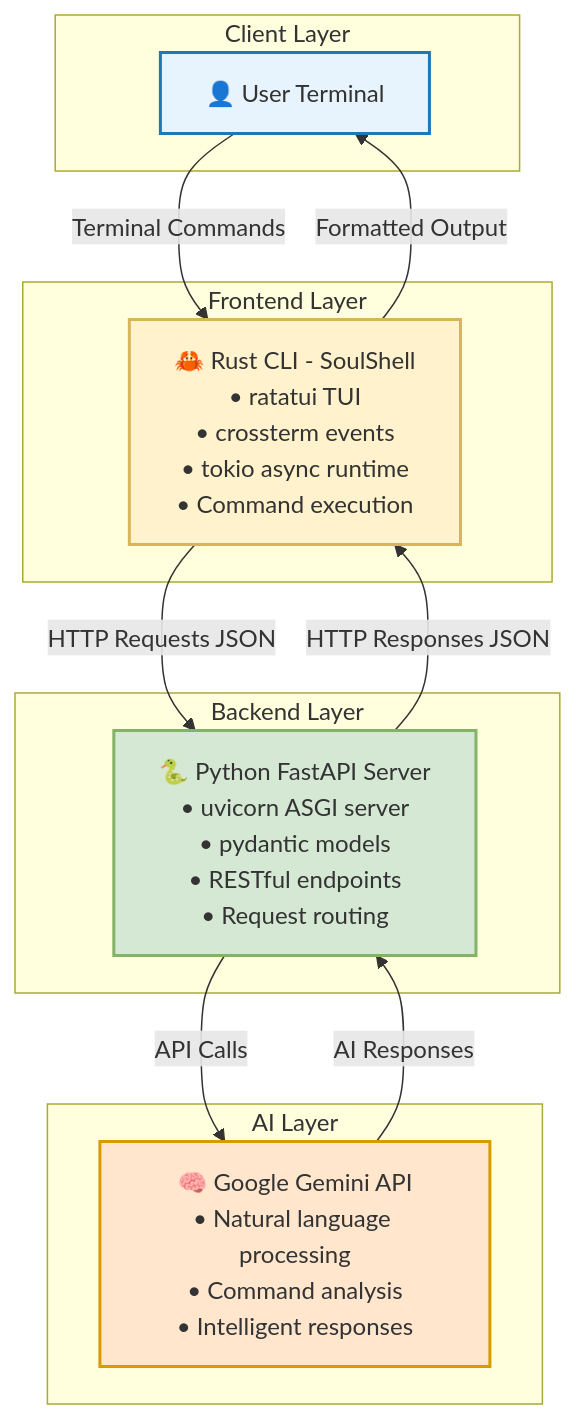
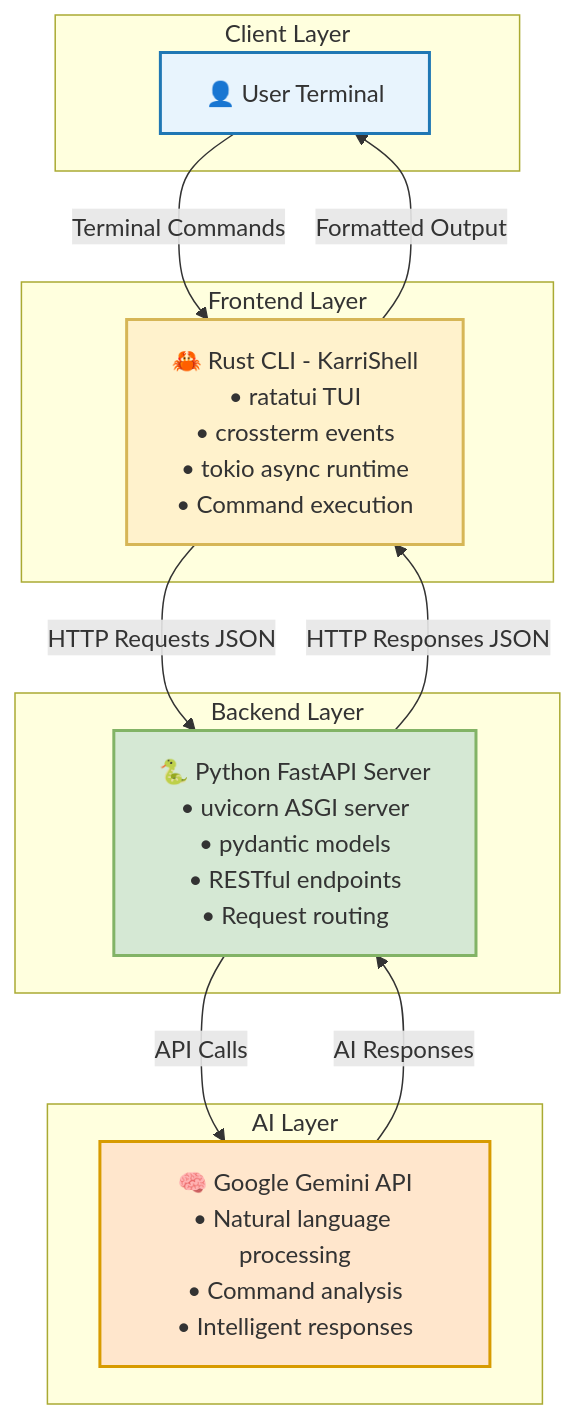
The first of 3 diagrams in README.md (Eshwarvijay007/soulcli), drawn with Mermaid before and after one commit. The commit also changed other lines of this file, not shown here.

````diff
--- a/README.md
+++ b/README.md
@@ -33,35 +33,35 @@
 ```mermaid
 graph TB
     subgraph "Client Layer"
         User["👤 User Terminal"]
     end
     
     subgraph "Frontend Layer"
-        CLI["🦀 Rust CLI - SoulShell<br/>• ratatui TUI<br/>• crossterm events<br/>• tokio async runtime<br/>• Command execution"]
+        CLI["🦀 Rust CLI - KarriShell<br/>• ratatui TUI<br/>• crossterm events<br/>• tokio async runtime<br/>• Command execution"]
     end
     
     subgraph "Backend Layer"
         API["🐍 Python FastAPI Server<br/>• uvicorn ASGI server<br/>• pydantic models<br/>• RESTful endpoints<br/>• Request routing"]
     end
     
     subgraph "AI Layer"
         Gemini["🧠 Google Gemini API<br/>• Natural language processing<br/>• Command analysis<br/>• Intelligent responses"]
     end
     
     User -->|Terminal Commands| CLI
     CLI -->|HTTP Requests JSON| API
     API -->|API Calls| Gemini
     Gemini -->|AI Responses| API
     API -->|HTTP Responses JSON| CLI
     CLI -->|Formatted Output| User
     
     classDef userLayer fill:#e8f4fd,stroke:#1f77b4,stroke-width:2px
     classDef frontendLayer fill:#fff2cc,stroke:#d6b656,stroke-width:2px
     classDef backendLayer fill:#d5e8d4,stroke:#82b366,stroke-width:2px
     classDef aiLayer fill:#ffe6cc,stroke:#d79b00,stroke-width:2px
     
     class User userLayer
     class CLI frontendLayer
     class API backendLayer
     class Gemini aiLayer
 ```
````
